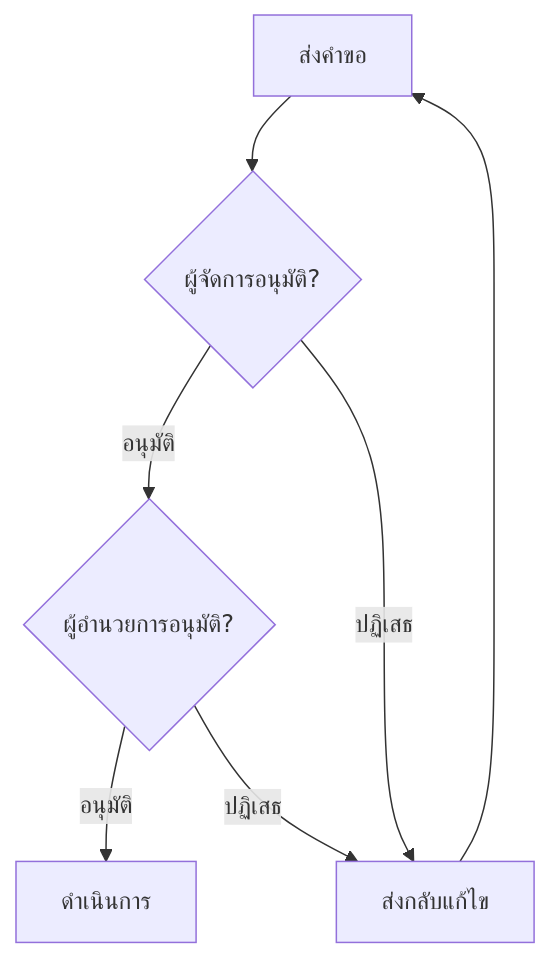
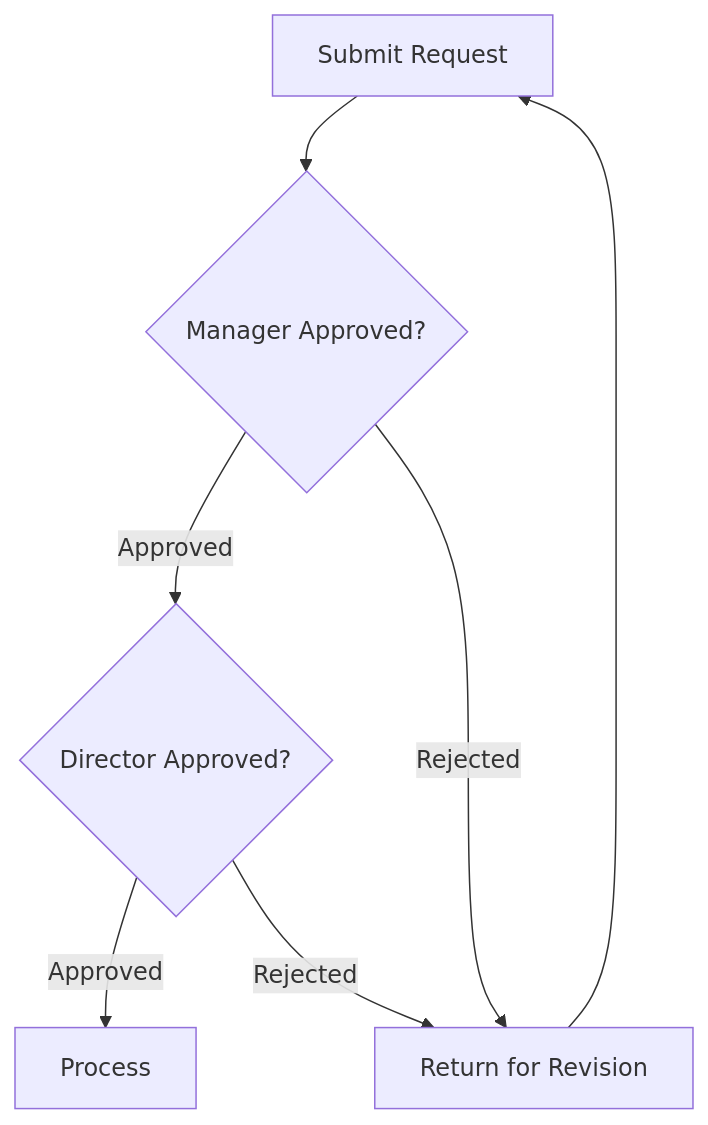
Before and after one commit to mounchons/AgentMarketPlace: the third of 16 diagrams in plugins/system-design-doc/skills/system-design-doc/references/mermaid-patterns.md, drawn with Mermaid. The commit also changed other lines of this file and 51 other files, not shown here.

````diff
--- a/plugins/system-design-doc/skills/system-design-doc/references/mermaid-patterns.md
+++ b/plugins/system-design-doc/skills/system-design-doc/references/mermaid-patterns.md
@@ -32,9 +32,9 @@
 ```mermaid
 flowchart TD
-    A[ส่งคำขอ] --> B{ผู้จัดการอนุมัติ?}
-    B -->|อนุมัติ| C{ผู้อำนวยการอนุมัติ?}
-    B -->|ปฏิเสธ| D[ส่งกลับแก้ไข]
-    C -->|อนุมัติ| E[ดำเนินการ]
-    C -->|ปฏิเสธ| D
+    A[Submit Request] --> B{Manager Approved?}
+    B -->|Approved| C{Director Approved?}
+    B -->|Rejected| D[Return for Revision]
+    C -->|Approved| E[Process]
+    C -->|Rejected| D
     D --> A
 ```
````
